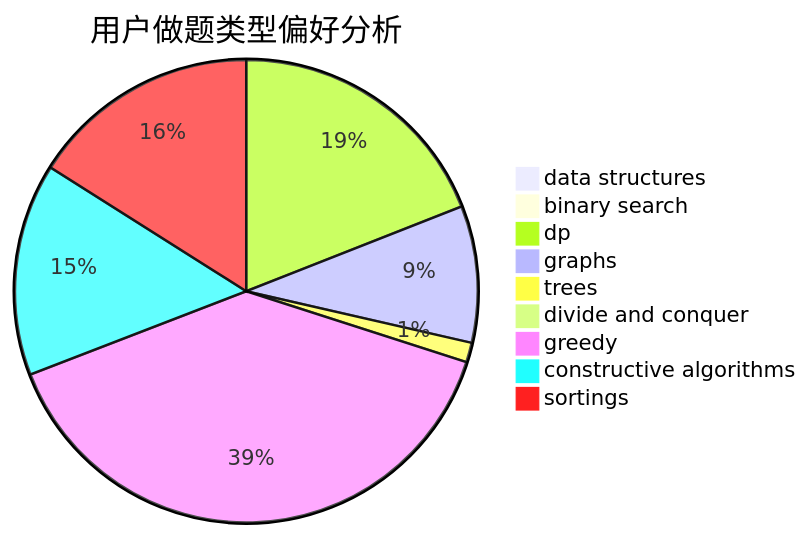
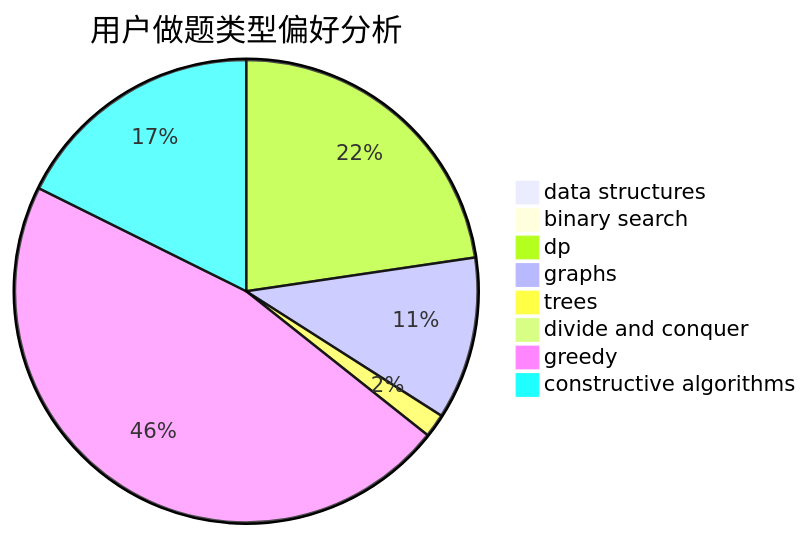
Before and after one commit to sherpahu/cfrs.github.io: the second of 3 diagrams in docs/user/u464.md, drawn with Mermaid. The commit also changed other lines of this file and 2769 other files, not shown here.

````diff
--- a/docs/user/u464.md
+++ b/docs/user/u464.md
@@ -18,12 +18,11 @@
 ```mermaid
 pie title 用户做题类型偏好分析
     "data structures" :  15
     "binary search" :  14
     "dp" :  526
     "graphs" :  264
     "trees" :  38
     "divide and conquer" :  0
     "greedy" :  1083
     "constructive algorithms" :  410
-    "sortings" :  443
 ```
````
